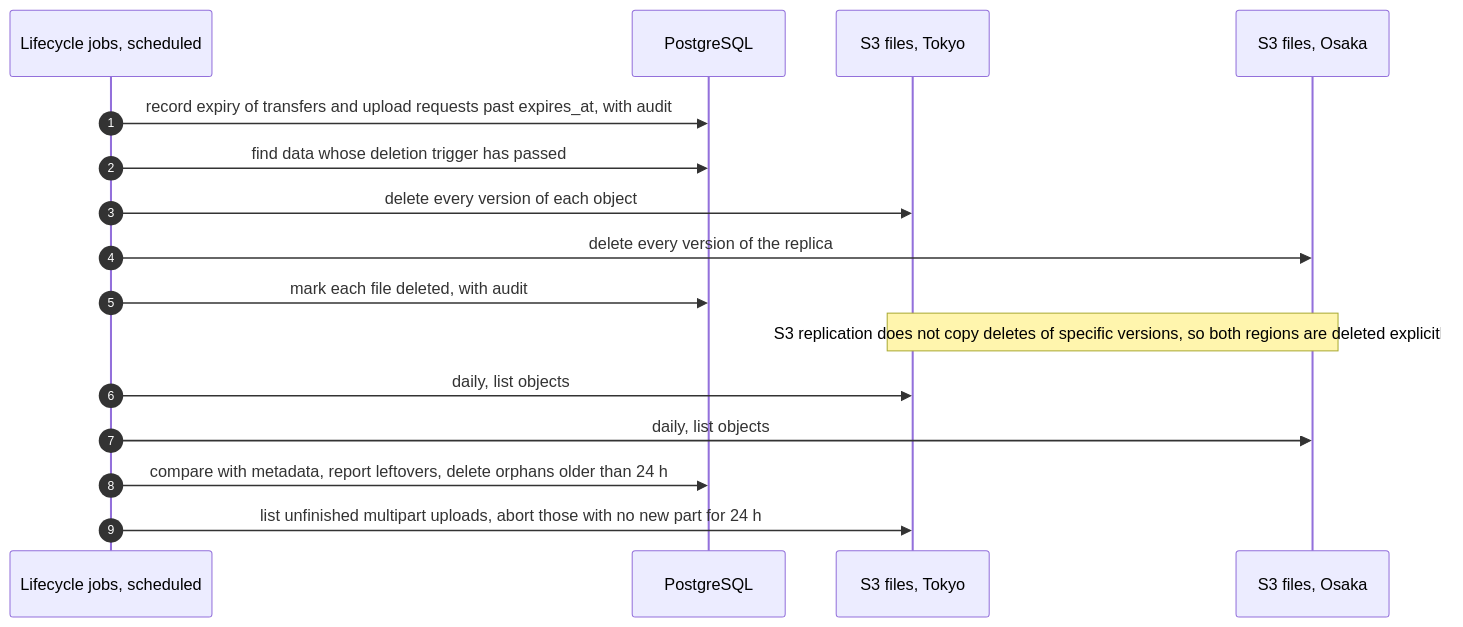
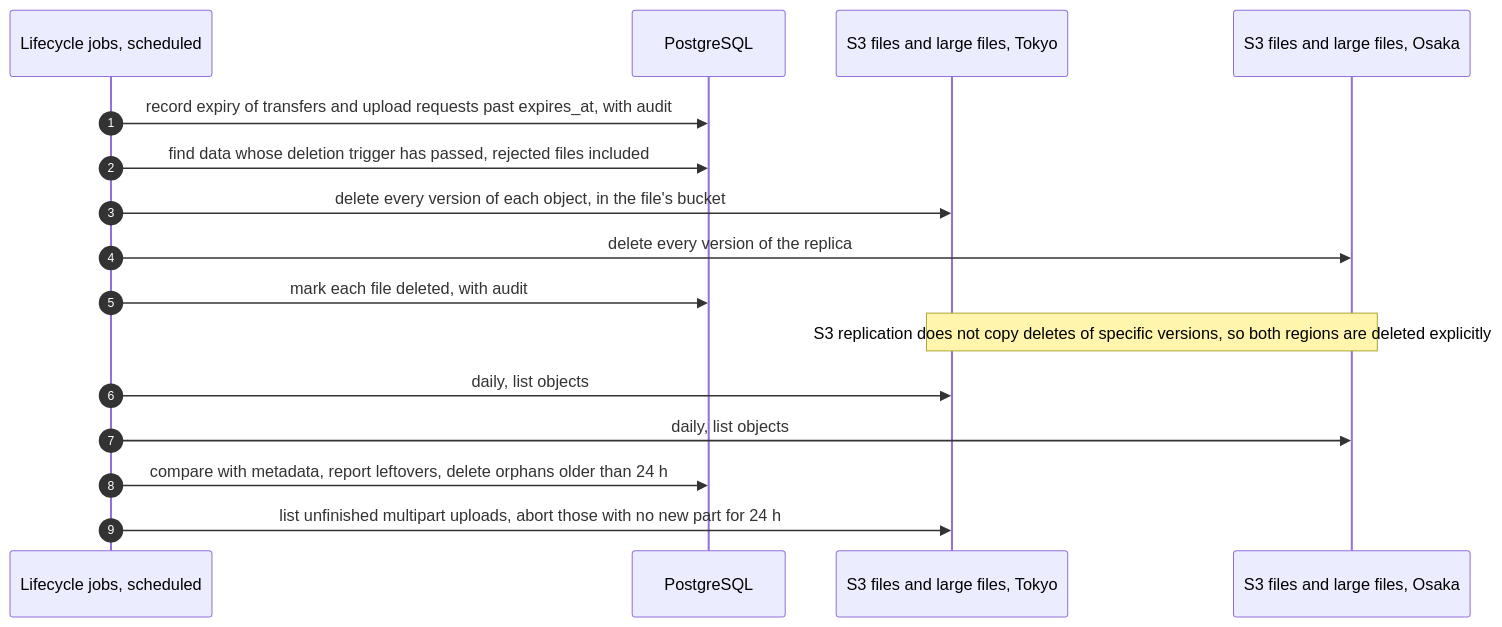
One commit to codewithmuh/secure-file-transfer changed the eighth of 8 diagrams in docs/architecture.md. Above: the diagram before and after it, drawn with Mermaid. The commit also changed other lines of this file and 10 other files, not shown here.

````diff
--- a/docs/architecture.md
+++ b/docs/architecture.md
@@ -337,18 +485,18 @@
 ```mermaid
 sequenceDiagram
     autonumber
     participant J as Lifecycle jobs, scheduled
     participant DB as PostgreSQL
-    participant T as S3 files, Tokyo
-    participant O as S3 files, Osaka
+    participant T as S3 files and large files, Tokyo
+    participant O as S3 files and large files, Osaka
     J->>DB: record expiry of transfers and upload requests past expires_at, with audit
-    J->>DB: find data whose deletion trigger has passed
-    J->>T: delete every version of each object
+    J->>DB: find data whose deletion trigger has passed, rejected files included
+    J->>T: delete every version of each object, in the file's bucket
     J->>O: delete every version of the replica
     J->>DB: mark each file deleted, with audit
     Note over T,O: S3 replication does not copy deletes of specific versions, so both regions are deleted explicitly
     J->>T: daily, list objects
     J->>O: daily, list objects
     J->>DB: compare with metadata, report leftovers, delete orphans older than 24 h
     J->>T: list unfinished multipart uploads, abort those with no new part for 24 h
 ```
````
